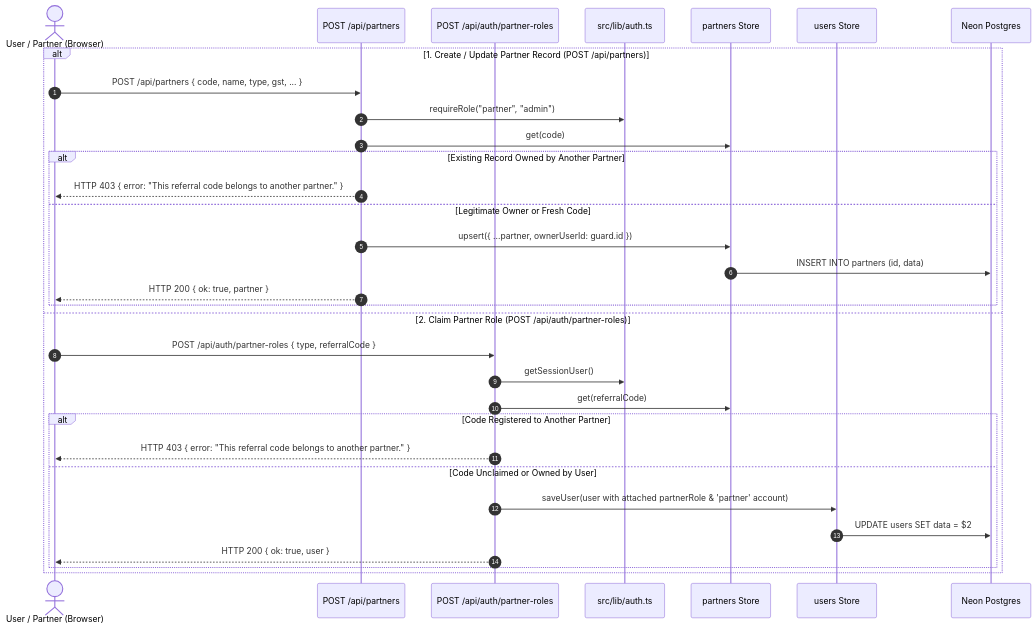
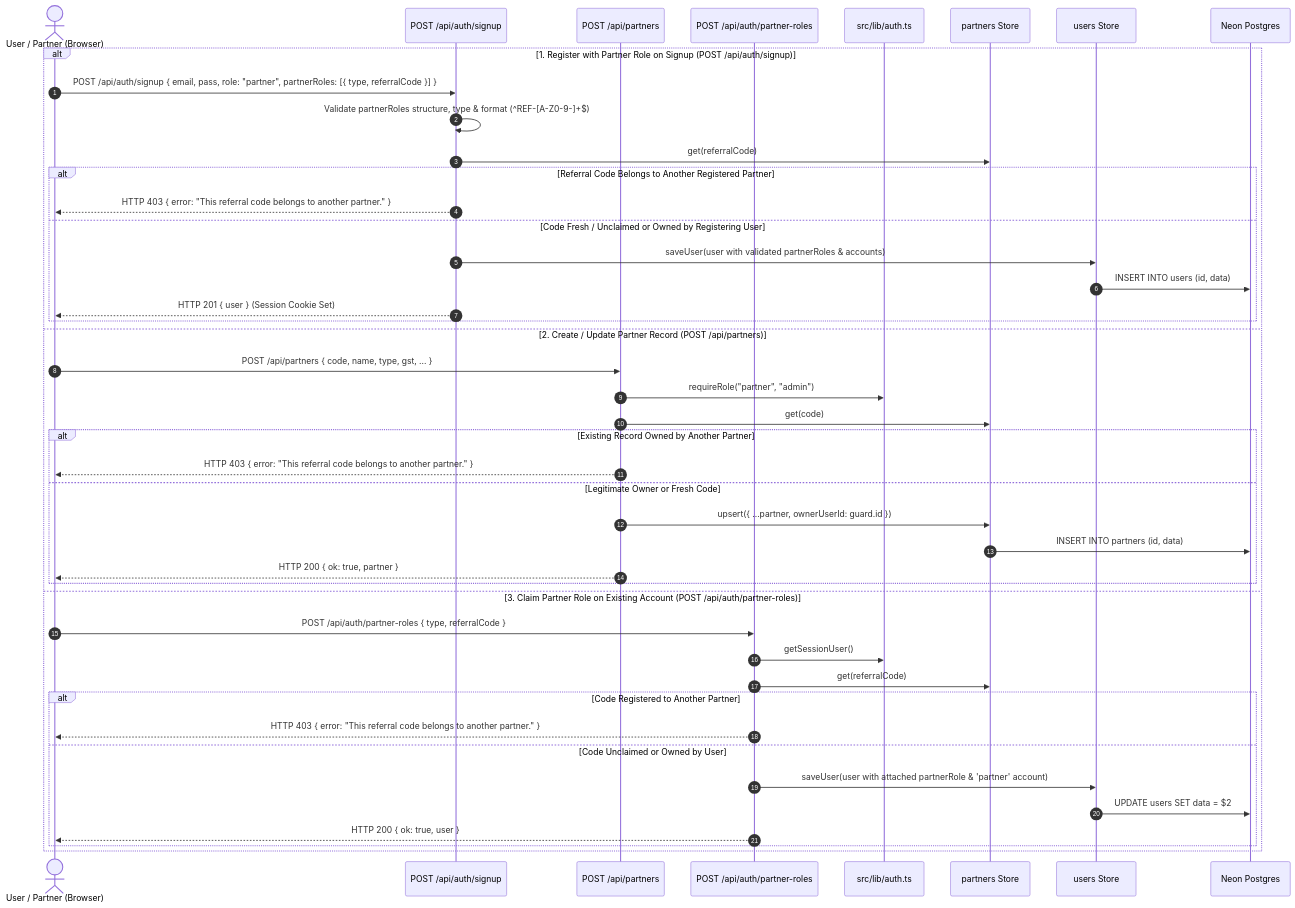
One commit to Sony17/Bhojpatra changed the ninth of 10 diagrams in DATA-FLOW.md. Above: the diagram before and after it, drawn with Mermaid. The commit also changed other lines of this file and 2 other files, not shown here.

First line of the commit message:
docs: synchronize architecture after security batch 4

````diff
--- a/DATA-FLOW.md
+++ b/DATA-FLOW.md
@@ -364,35 +364,47 @@
 ```mermaid
 sequenceDiagram
     autonumber
     actor User as User / Partner (Browser)
+    participant ApiSignup as POST /api/auth/signup
     participant ApiPartners as POST /api/partners
     participant ApiRoles as POST /api/auth/partner-roles
     participant Auth as src/lib/auth.ts
     participant PStore as partners Store
     participant UStore as users Store
     participant DB as Neon Postgres
 
-    alt 1. Create / Update Partner Record (POST /api/partners)
+    alt 1. Register with Partner Role on Signup (POST /api/auth/signup)
+        User->>ApiSignup: POST /api/auth/signup { email, pass, role: "partner", partnerRoles: [{ type, referralCode }] }
+        ApiSignup->>ApiSignup: Validate partnerRoles structure, type & format (^REF-[A-Z0-9-]+$)
+        ApiSignup->>PStore: get(referralCode)
+        alt Referral Code Belongs to Another Registered Partner
+            ApiSignup-->>User: HTTP 403 { error: "This referral code belongs to another partner." }
+        else Code Fresh / Unclaimed or Owned by Registering User
+            ApiSignup->>UStore: saveUser(user with validated partnerRoles & accounts)
+            UStore->>DB: INSERT INTO users (id, data)
+            ApiSignup-->>User: HTTP 201 { user } (Session Cookie Set)
+        end
+    else 2. Create / Update Partner Record (POST /api/partners)
         User->>ApiPartners: POST /api/partners { code, name, type, gst, ... }
         ApiPartners->>Auth: requireRole("partner", "admin")
         ApiPartners->>PStore: get(code)
         alt Existing Record Owned by Another Partner
             ApiPartners-->>User: HTTP 403 { error: "This referral code belongs to another partner." }
         else Legitimate Owner or Fresh Code
             ApiPartners->>PStore: upsert({ ...partner, ownerUserId: guard.id })
             PStore->>DB: INSERT INTO partners (id, data)
             ApiPartners-->>User: HTTP 200 { ok: true, partner }
         end
-    else 2. Claim Partner Role (POST /api/auth/partner-roles)
+    else 3. Claim Partner Role on Existing Account (POST /api/auth/partner-roles)
         User->>ApiRoles: POST /api/auth/partner-roles { type, referralCode }
         ApiRoles->>Auth: getSessionUser()
         ApiRoles->>PStore: get(referralCode)
         alt Code Registered to Another Partner
             ApiRoles-->>User: HTTP 403 { error: "This referral code belongs to another partner." }
         else Code Unclaimed or Owned by User
             ApiRoles->>UStore: saveUser(user with attached partnerRole & 'partner' account)
             UStore->>DB: UPDATE users SET data = $2
             ApiRoles-->>User: HTTP 200 { ok: true, user }
         end
     end
 ```
````
